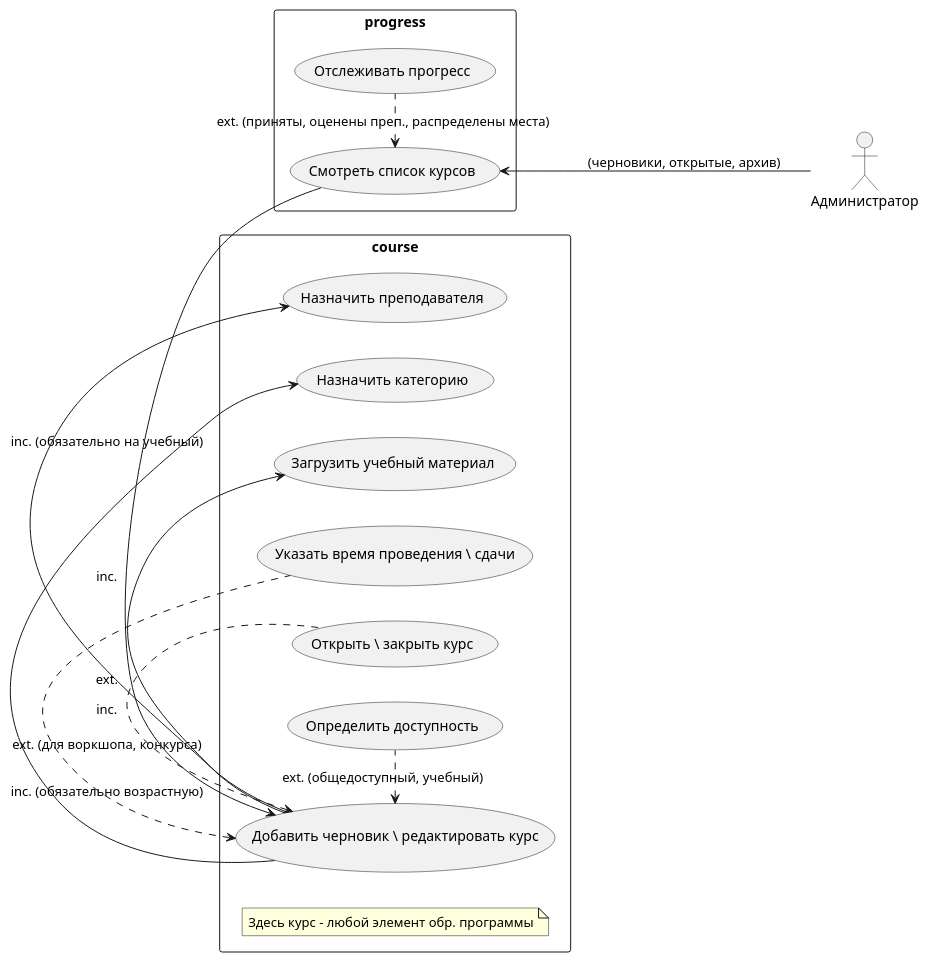
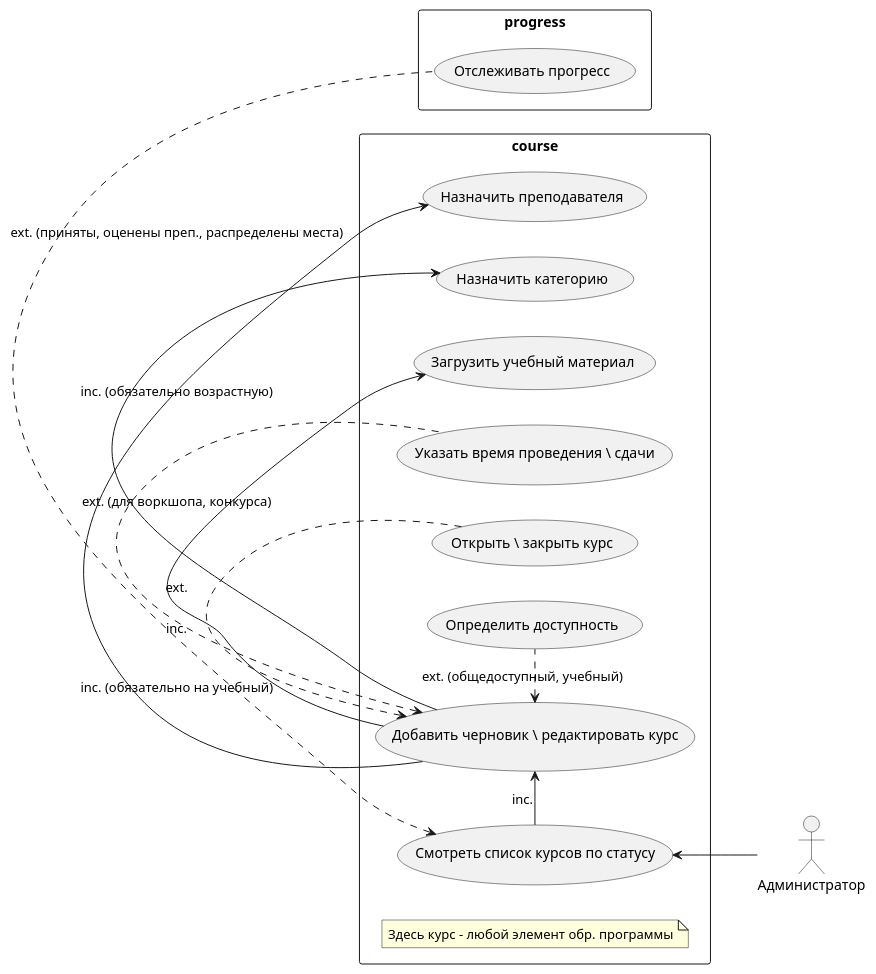
Before and after one commit to karpoftea/mts-kata-2023: the fifth of 7 diagrams in docs/requirements/requirements.md, drawn with PlantUML. The commit also changed other lines of this file, not shown here.

````diff
--- a/docs/requirements/requirements.md
+++ b/docs/requirements/requirements.md
@@ -212,35 +213,35 @@
 ```plantuml
 @startuml
 
 left to right direction
 
 actor "Администратор" as admin
 
 rectangle course {
+  usecase "Смотреть список курсов по статусу" as UC71
   usecase "Назначить преподавателя" as UC61
   usecase "Назначить категорию" as UC62
   usecase "Добавить черновик \ редактировать курс" as UC63
   usecase "Загрузить учебный материал" as UC64
   usecase "Указать время проведения \ сдачи" as UC65
   usecase "Открыть \ закрыть курс" as UC66
   usecase "Определить доступность" as UC67
   note "Здесь курс - любой элемент обр. программы" as N61
 }
 
 rectangle progress {
-  usecase "Смотреть список курсов" as UC71
   usecase "Отслеживать прогресс" as UC72
 }
 
 UC63 -> UC61 : inc. (обязательно на учебный)
 UC63 -> UC62 : inc. (обязательно возрастную)
 UC63 -> UC64 : inc.
 UC63 <. UC65 : ext. (для воркшопа, конкурса)
 UC63 <. UC66 : ext.
 UC63 <. UC67 : ext. (общедоступный, учебный)
-admin -up-> UC71 : (черновики, открытые, архив)
+admin -up-> UC71
 UC71 -> UC63 : inc.
 UC71 <. UC72 : ext. (приняты, оценены преп., распределены места)
 
 @enduml
 ```
````
